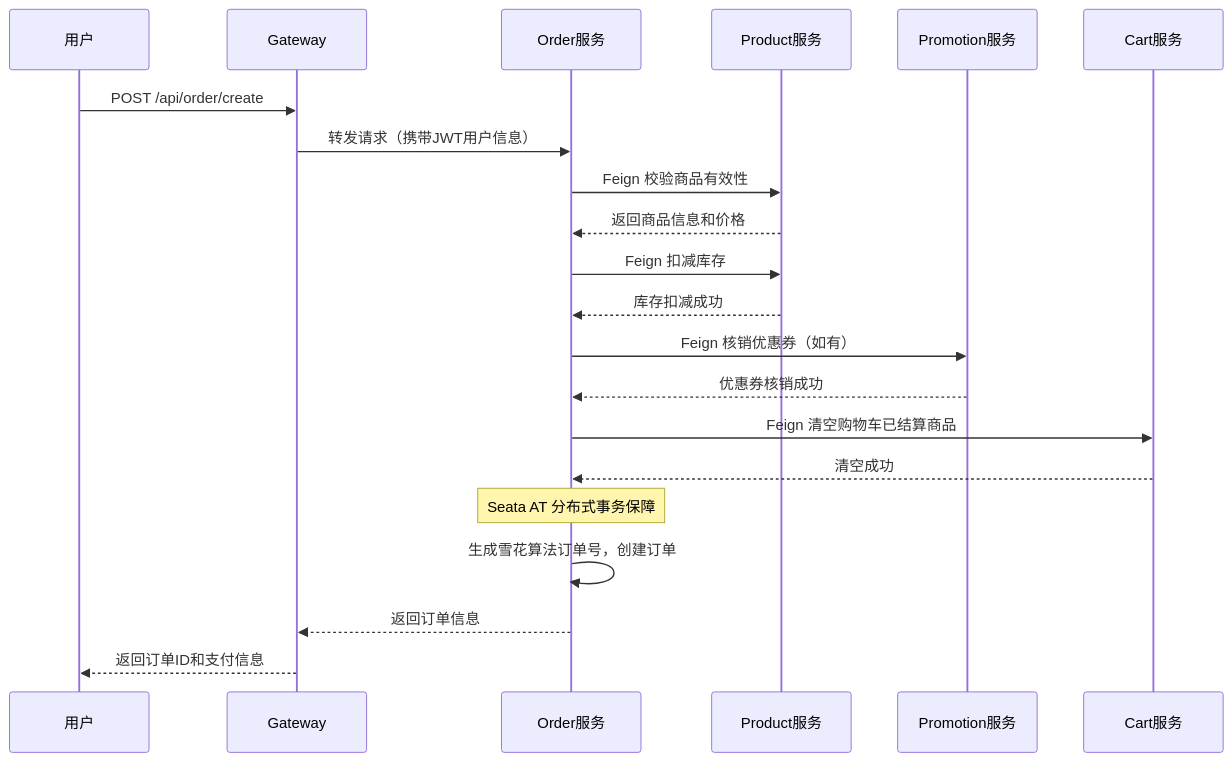
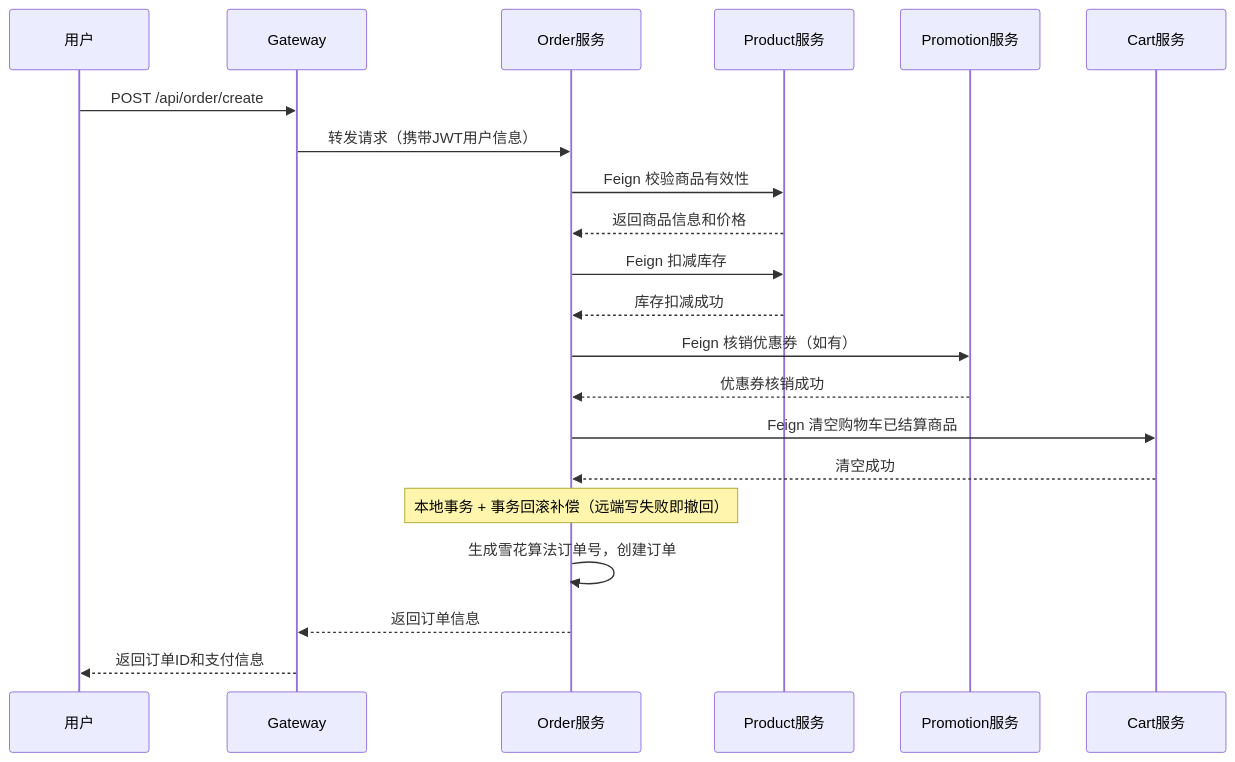
Before and after one commit to w18709894716/buy-you-want: the second of 6 diagrams in docs/guide/architecture.md, drawn with Mermaid. The commit also changed other lines of this file and 267 other files, not shown here.

````diff
--- a/docs/guide/architecture.md
+++ b/docs/guide/architecture.md
@@ -109,29 +108,29 @@
 ```mermaid
 sequenceDiagram
     participant U as 用户
     participant GW as Gateway
     participant O as Order服务
     participant P as Product服务
     participant PR as Promotion服务
     participant C as Cart服务
 
     U->>GW: POST /api/order/create
     GW->>O: 转发请求（携带JWT用户信息）
 
     O->>P: Feign 校验商品有效性
     P-->>O: 返回商品信息和价格
 
     O->>P: Feign 扣减库存
     P-->>O: 库存扣减成功
 
     O->>PR: Feign 核销优惠券（如有）
     PR-->>O: 优惠券核销成功
 
     O->>C: Feign 清空购物车已结算商品
     C-->>O: 清空成功
 
-    Note over O: Seata AT 分布式事务保障
+    Note over O: 本地事务 + 事务回滚补偿（远端写失败即撤回）
     O->>O: 生成雪花算法订单号，创建订单
     O-->>GW: 返回订单信息
     GW-->>U: 返回订单ID和支付信息
 ```
````
